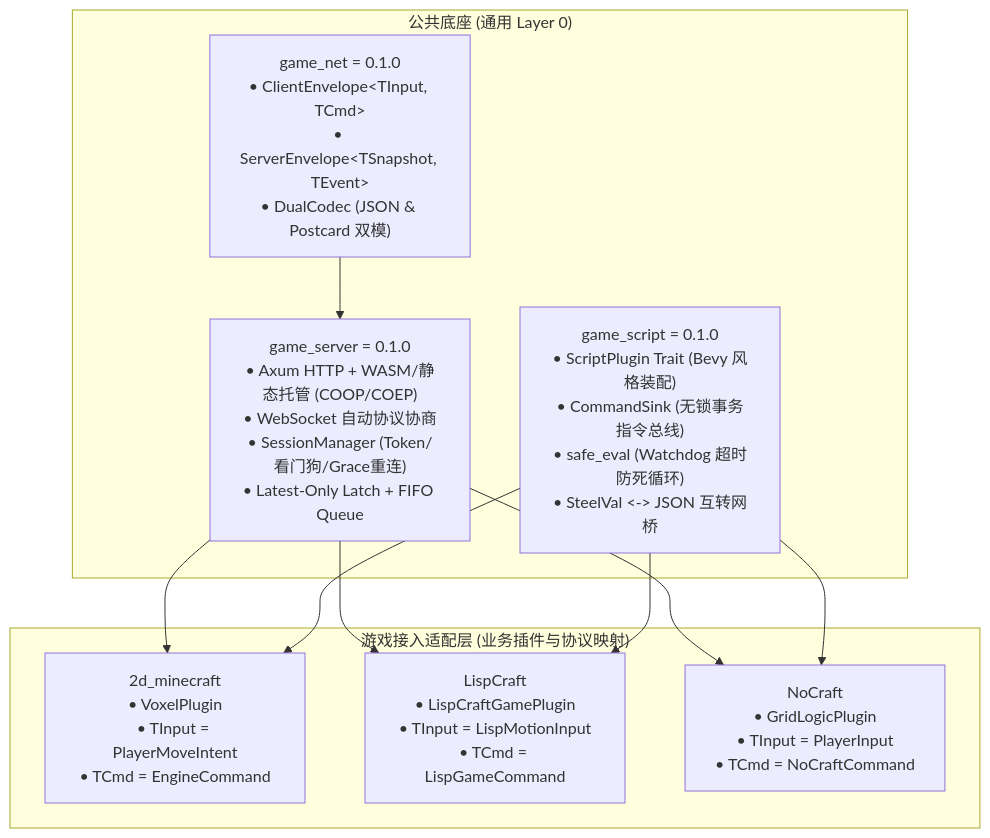
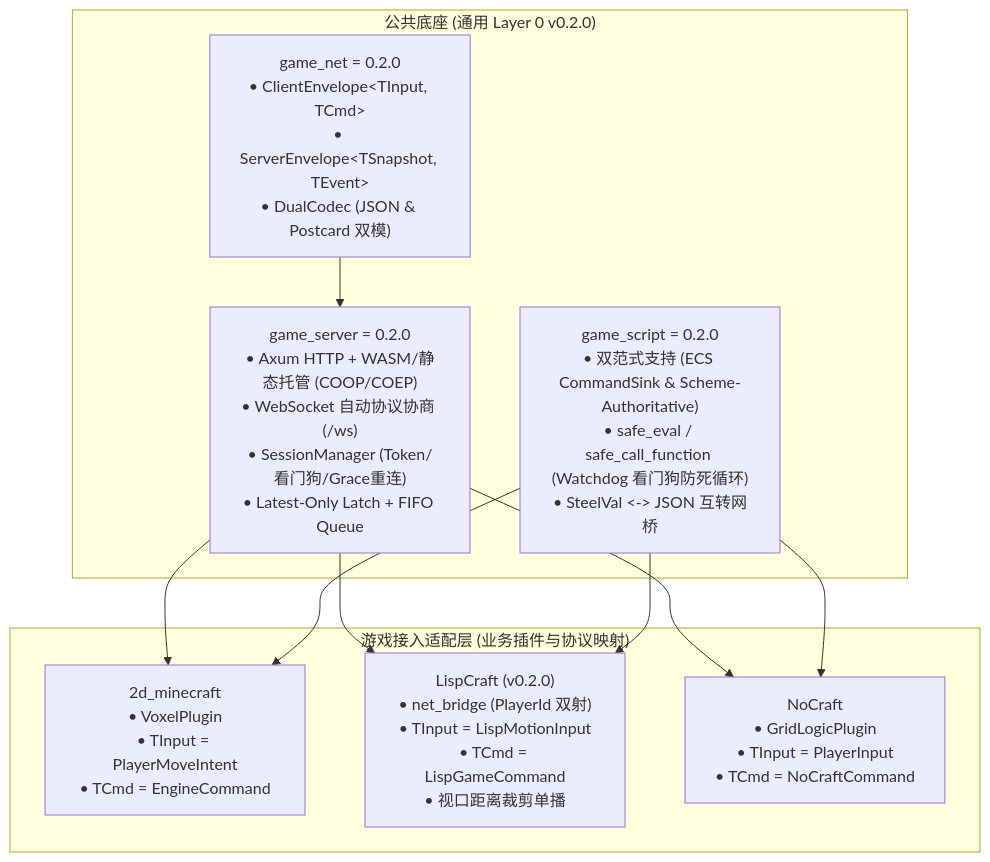
The diagram in docs/CROSS_GAME_PORTING.md (ouut/LispCraft), drawn with Mermaid before and after one commit. The commit also changed other lines of this file and 6 other files, not shown here.

````diff
--- a/docs/CROSS_GAME_PORTING.md
+++ b/docs/CROSS_GAME_PORTING.md
@@ -28,22 +29,22 @@
 ```mermaid
 flowchart TD
-    subgraph CommonEngine["公共底座 (通用 Layer 0)"]
-        Net["game_net = 0.1.0<br/>• ClientEnvelope&lt;TInput, TCmd&gt;<br/>• ServerEnvelope&lt;TSnapshot, TEvent&gt;<br/>• DualCodec (JSON &amp; Postcard 双模)"]
-        Server["game_server = 0.1.0<br/>• Axum HTTP + WASM/静态托管 (COOP/COEP)<br/>• WebSocket 自动协议协商<br/>• SessionManager (Token/看门狗/Grace重连)<br/>• Latest-Only Latch + FIFO Queue"]
-        Script["game_script = 0.1.0<br/>• ScriptPlugin Trait (Bevy 风格装配)<br/>• CommandSink (无锁事务指令总线)<br/>• safe_eval (Watchdog 超时防死循环)<br/>• SteelVal &lt;-&gt; JSON 互转网桥"]
+    subgraph CommonEngine["公共底座 (通用 Layer 0 v0.2.0)"]
+        Net["game_net = 0.2.0<br/>• ClientEnvelope&lt;TInput, TCmd&gt;<br/>• ServerEnvelope&lt;TSnapshot, TEvent&gt;<br/>• DualCodec (JSON &amp; Postcard 双模)"]
+        Server["game_server = 0.2.0<br/>• Axum HTTP + WASM/静态托管 (COOP/COEP)<br/>• WebSocket 自动协议协商 (/ws)<br/>• SessionManager (Token/看门狗/Grace重连)<br/>• Latest-Only Latch + FIFO Queue"]
+        Script["game_script = 0.2.0<br/>• 双范式支持 (ECS CommandSink &amp; Scheme-Authoritative)<br/>• safe_eval / safe_call_function (Watchdog 看门狗防死循环)<br/>• SteelVal &lt;-&gt; JSON 互转网桥"]
     end
 
     subgraph Adapters["游戏接入适配层 (业务插件与协议映射)"]
         MC["2d_minecraft<br/>• VoxelPlugin<br/>• TInput = PlayerMoveIntent<br/>• TCmd = EngineCommand"]
-        LC["LispCraft<br/>• LispCraftGamePlugin<br/>• TInput = LispMotionInput<br/>• TCmd = LispGameCommand"]
+        LC["LispCraft (v0.2.0)<br/>• net_bridge (PlayerId 双射)<br/>• TInput = LispMotionInput<br/>• TCmd = LispGameCommand<br/>• 视口距离裁剪单播"]
         NC["NoCraft<br/>• GridLogicPlugin<br/>• TInput = PlayerInput<br/>• TCmd = NoCraftCommand"]
     end
 
     Net --> Server
     Server --> MC
     Server --> LC
     Server --> NC
     Script --> MC
     Script --> LC
     Script --> NC
 ```
````
